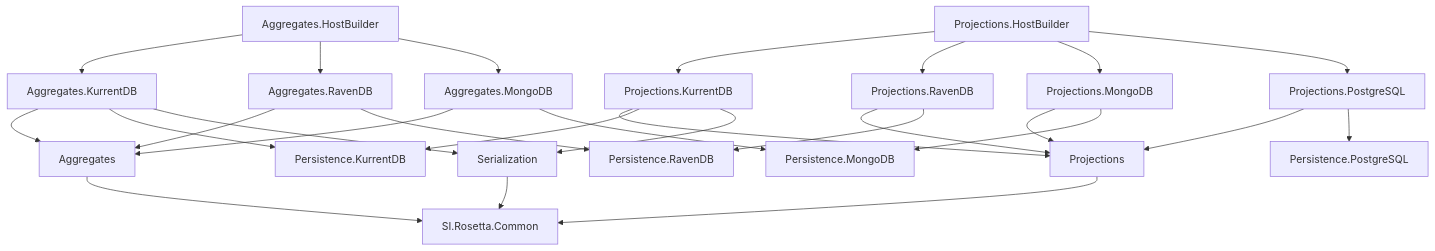
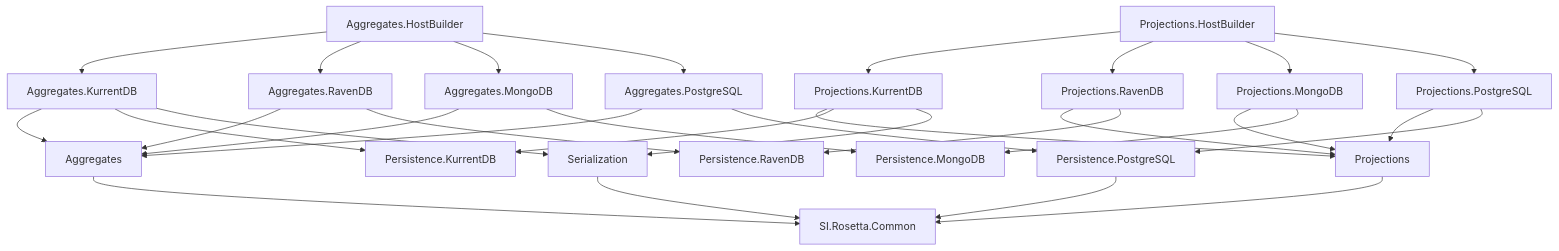
Before and after one commit to si-informational-systems/Rosetta: the diagram in docs/reference/packages.md, drawn with Mermaid. The commit also changed other lines of this file and 48 other files, not shown here.

````diff
--- a/docs/reference/packages.md
+++ b/docs/reference/packages.md
@@ -10,20 +10,21 @@
 ```mermaid
 graph TD
     Common[SI.Rosetta.Common]
     Ser[Serialization] --> Common
     Agg[Aggregates] --> Common
     Proj[Projections] --> Common
     PK[Persistence.KurrentDB]
     PR[Persistence.RavenDB]
     PM[Persistence.MongoDB]
-    PP[Persistence.PostgreSQL]
+    PP[Persistence.PostgreSQL] --> Common
     AK[Aggregates.KurrentDB] --> Agg & PK & Ser
     AR[Aggregates.RavenDB] --> Agg & PR
     AM[Aggregates.MongoDB] --> Agg & PM
-    AH[Aggregates.HostBuilder] --> AK & AR & AM
+    AP[Aggregates.PostgreSQL] --> Agg & PP
+    AH[Aggregates.HostBuilder] --> AK & AR & AM & AP
     PJK[Projections.KurrentDB] --> Proj & PK & Ser
     PJR[Projections.RavenDB] --> Proj & PR
     PJM[Projections.MongoDB] --> Proj & PM
     PJP[Projections.PostgreSQL] --> Proj & PP
     PH[Projections.HostBuilder] --> PJK & PJR & PJM & PJP
 ```
````
